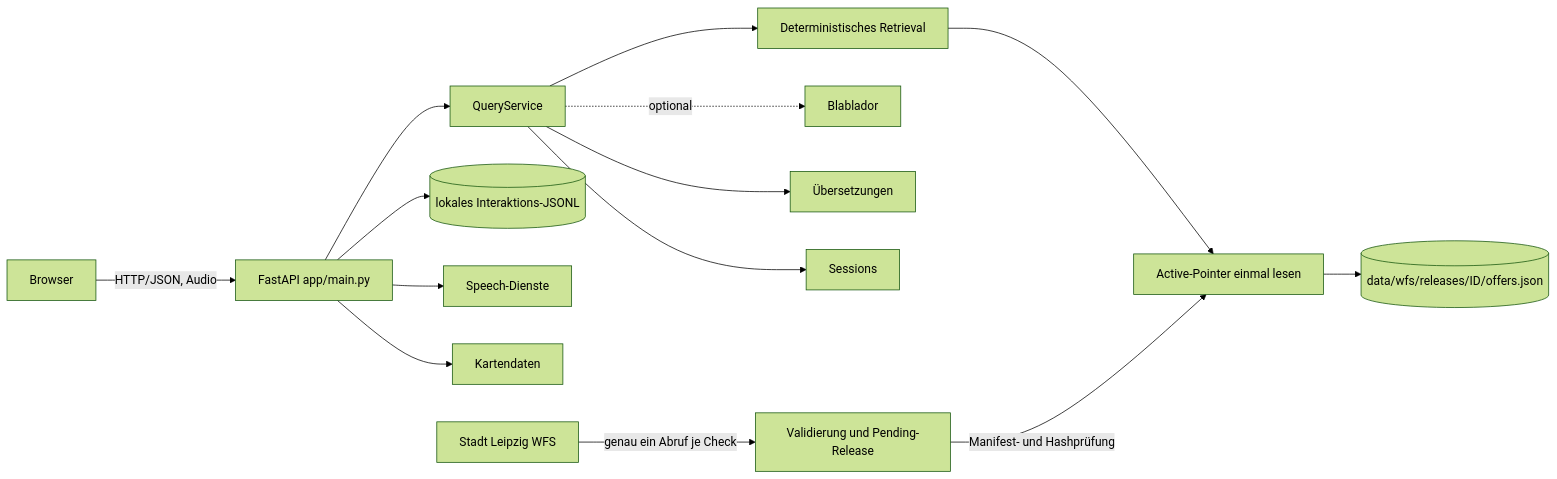
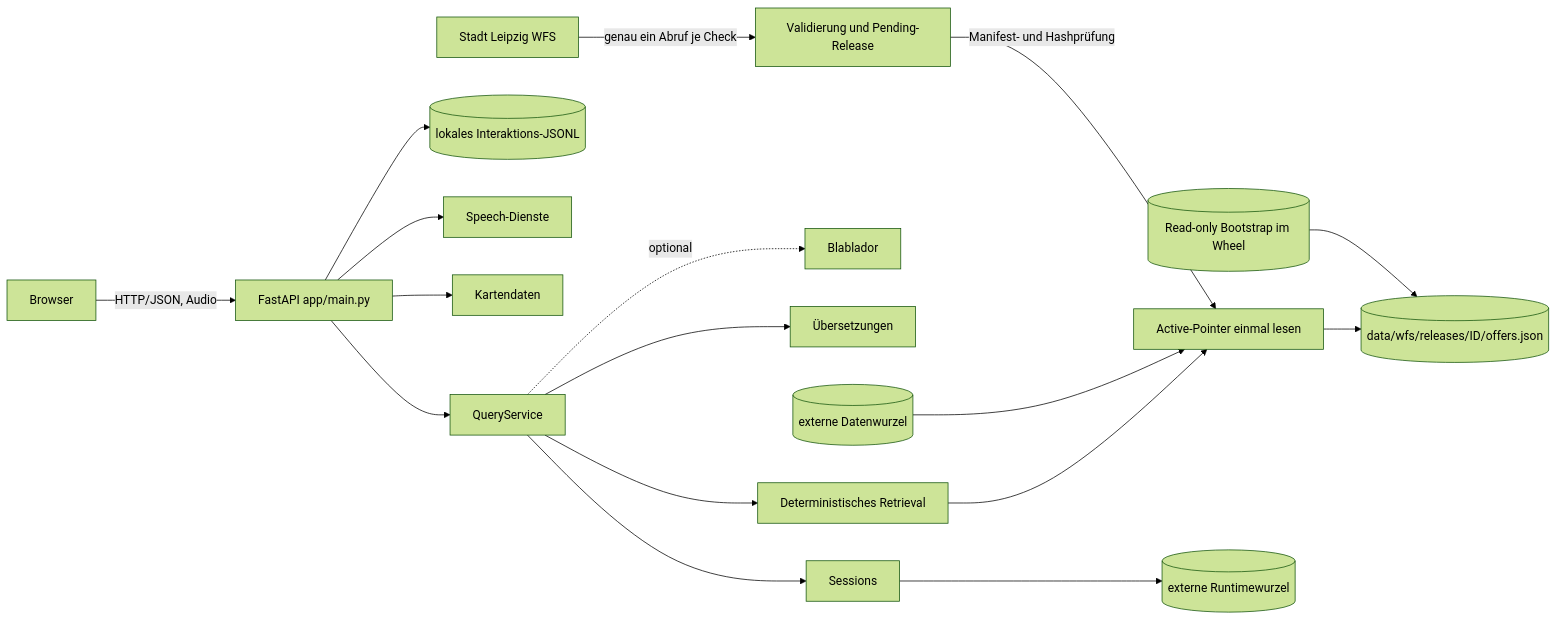
Before and after one commit to HannahHoffner/lena-grounded-voice-assistant: the diagram in docs/architecture.md, drawn with Mermaid (forest theme). The commit also changed other lines of this file and 7 other files, not shown here.

````diff
--- a/docs/architecture.md
+++ b/docs/architecture.md
@@ -10,16 +10,19 @@
 ```mermaid
 flowchart LR
     U[Browser] -->|HTTP/JSON, Audio| A[FastAPI app/main.py]
     A --> S[QueryService]
     S --> R[Deterministisches Retrieval]
     S -. optional .-> L[Blablador]
     R --> C[Active-Pointer einmal lesen]
     C --> K[(data/wfs/releases/ID/offers.json)]
     S --> I[Übersetzungen]
     S --> X[Sessions]
+    B[(Read-only Bootstrap im Wheel)] --> K
+    D[(externe Datenwurzel)] --> C
+    X --> T[(externe Runtimewurzel)]
     A --> O[(lokales Interaktions-JSONL)]
     A --> P[Speech-Dienste]
     A --> M[Kartendaten]
     W[Stadt Leipzig WFS] -->|genau ein Abruf je Check| Y[Validierung und Pending-Release]
     Y -->|Manifest- und Hashprüfung| C
 ```
````
